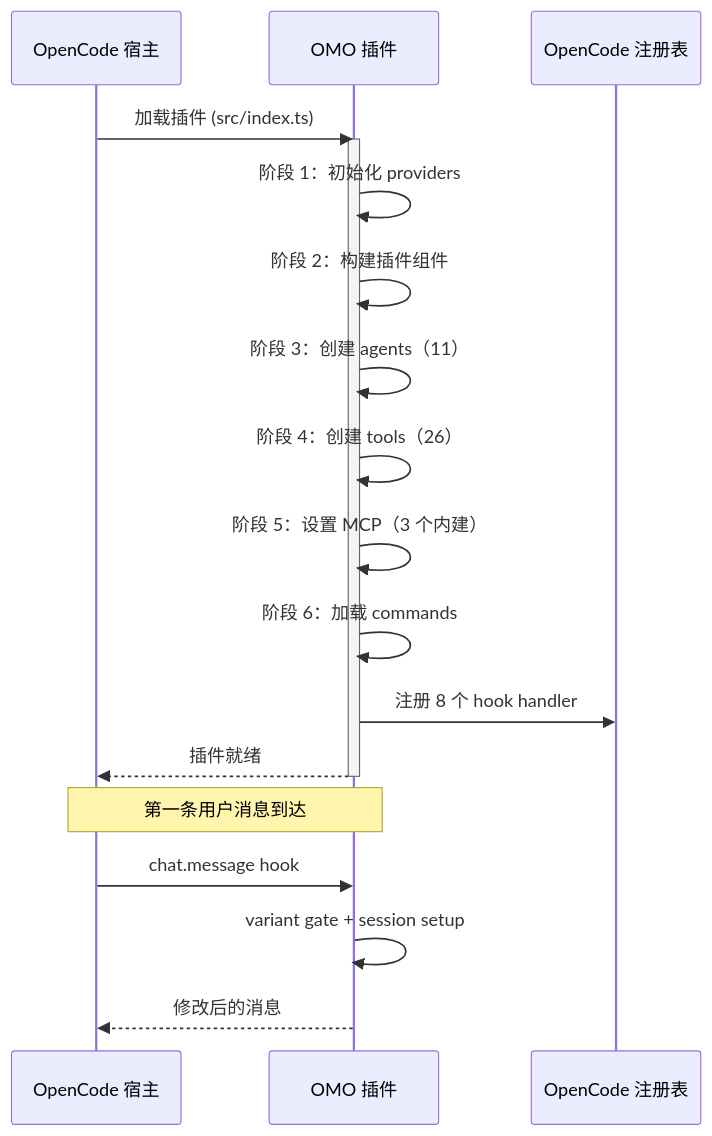
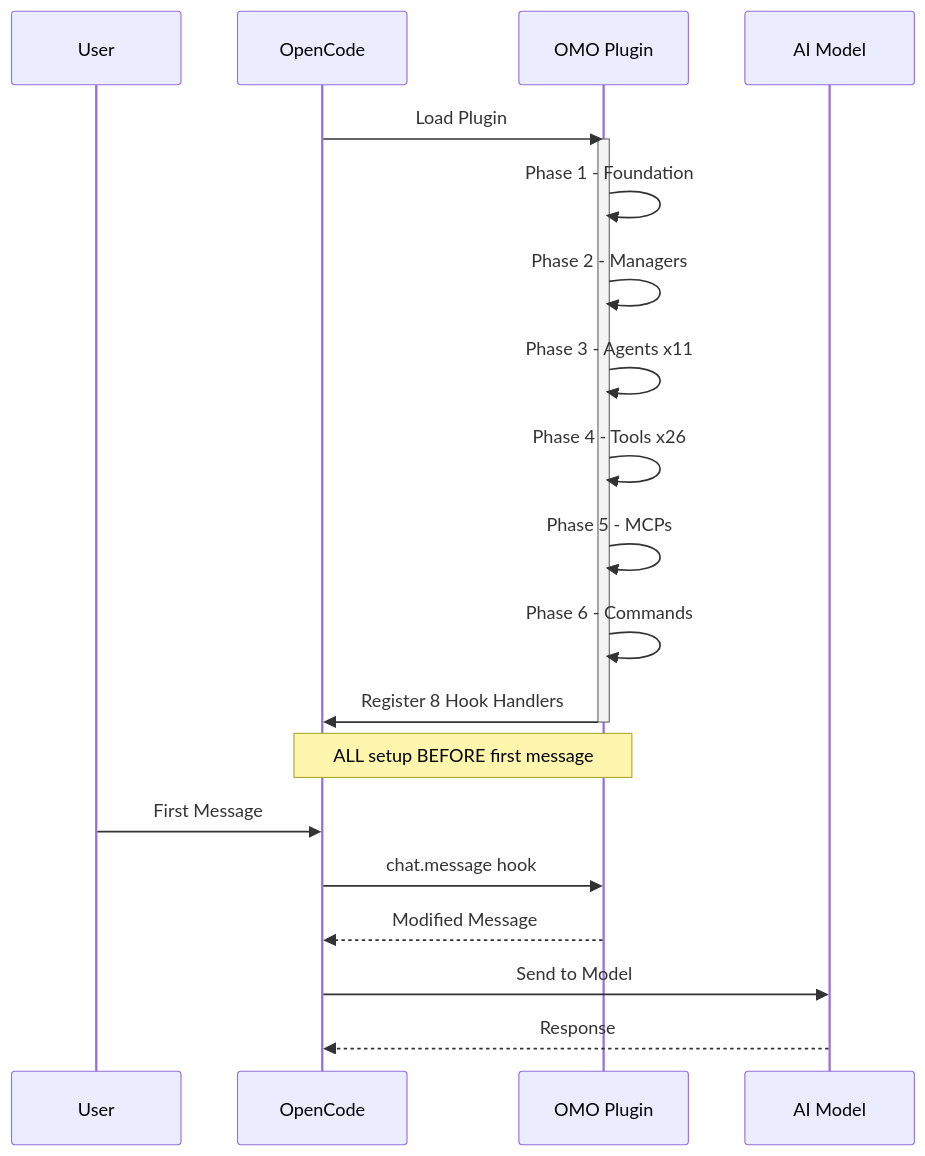
Before and after one commit to 0xtresser/Claude-Code-VS-OpenCode: the third of 13 diagrams in ZH/第12章_OMO深度剖析/12.1_插件入口与启动序列.md, drawn with Mermaid. The commit also changed other lines of this file and 7 other files, not shown here.

Commit message:
rewrite Chapter 12 (ZH): accessible language, 86 Mermaid diagrams, file info boxes — 8 sections, +1962 lines

````diff
--- a/ZH/第12章_OMO深度剖析/12.1_插件入口与启动序列.md
+++ b/ZH/第12章_OMO深度剖析/12.1_插件入口与启动序列.md
@@ -36,23 +85,24 @@
 ```mermaid
 sequenceDiagram
-    participant OC as OpenCode 宿主
-    participant OMO as OMO 插件
-    participant Reg as OpenCode 注册表
-    
-    OC->>OMO: 加载插件 (src/index.ts)
+    participant User
+    participant OC as OpenCode
+    participant OMO as OMO Plugin
+    participant LLM as AI Model
+
+    OC->>OMO: Load Plugin
     activate OMO
-    OMO->>OMO: 阶段 1：初始化 providers
-    OMO->>OMO: 阶段 2：构建插件组件
-    OMO->>OMO: 阶段 3：创建 agents（11）
-    OMO->>OMO: 阶段 4：创建 tools（26）
-    OMO->>OMO: 阶段 5：设置 MCP（3 个内建）
-    OMO->>OMO: 阶段 6：加载 commands
-    OMO->>Reg: 注册 8 个 hook handler
-    OMO-->>OC: 插件就绪
+    OMO->>OMO: Phase 1 - Foundation
+    OMO->>OMO: Phase 2 - Managers
+    OMO->>OMO: Phase 3 - Agents x11
+    OMO->>OMO: Phase 4 - Tools x26
+    OMO->>OMO: Phase 5 - MCPs
+    OMO->>OMO: Phase 6 - Commands
+    OMO->>OC: Register 8 Hook Handlers
     deactivate OMO
-    
-    Note over OC,OMO: 第一条用户消息到达
+    Note over OC,OMO: ALL setup BEFORE first message
+    User->>OC: First Message
     OC->>OMO: chat.message hook
-    OMO->>OMO: variant gate + session setup
-    OMO-->>OC: 修改后的消息
+    OMO-->>OC: Modified Message
+    OC->>LLM: Send to Model
+    LLM-->>OC: Response
 ```
````
